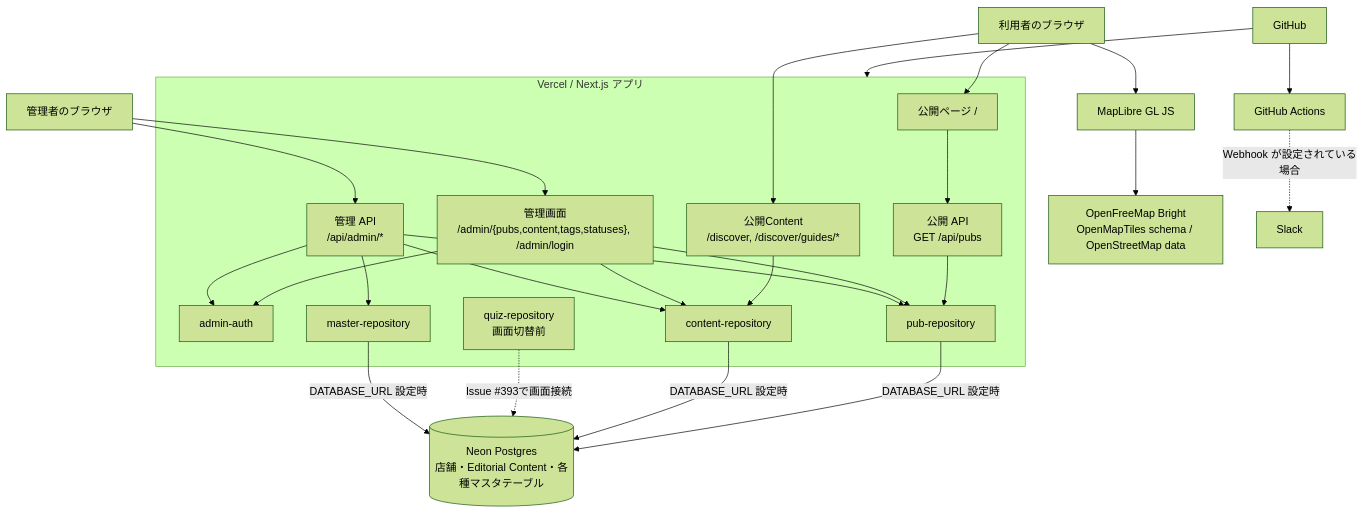
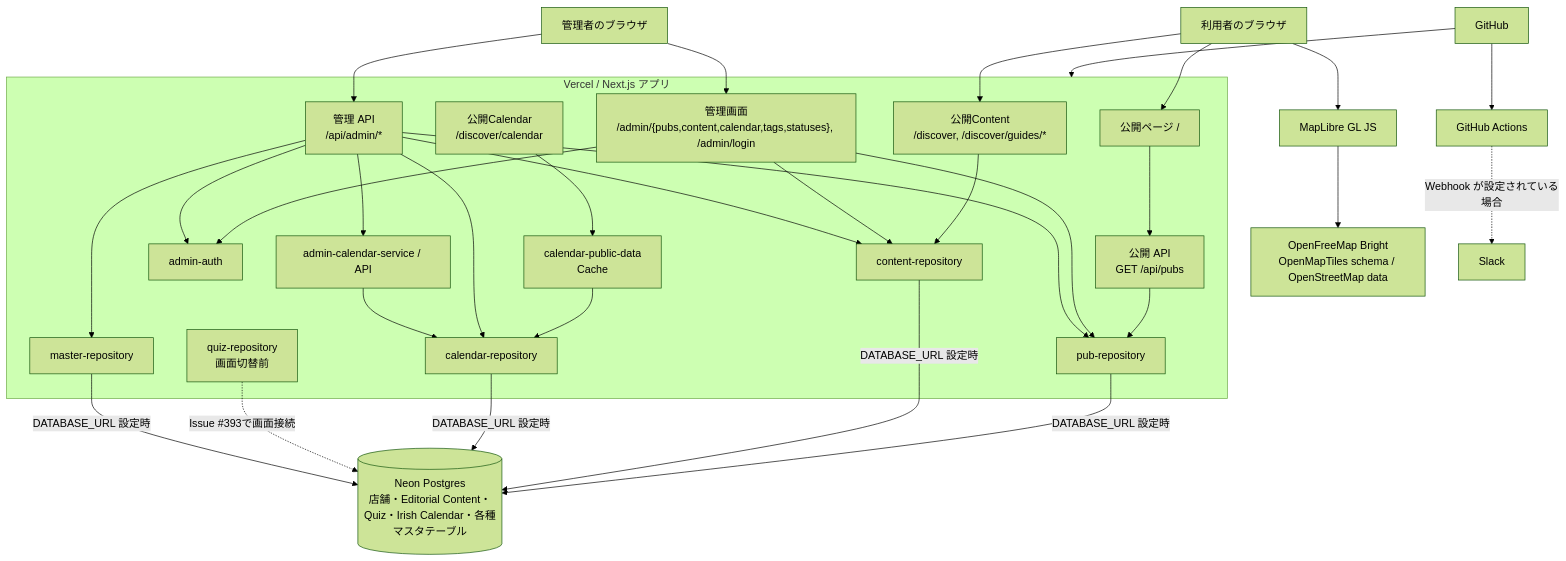
Before and after one commit to yusukefr/irishpub-map: the diagram in docs/architecture/system-overview.md, drawn with Mermaid (forest theme). The commit also changed other lines of this file and 13 other files, not shown here.

````diff
--- a/docs/architecture/system-overview.md
+++ b/docs/architecture/system-overview.md
@@ -7,52 +7,62 @@
 ```mermaid
 flowchart TB
   visitor[利用者のブラウザ]
   administrator[管理者のブラウザ]
   maplibre[MapLibre GL JS]
   mapProvider[OpenFreeMap Bright<br/>OpenMapTiles schema / OpenStreetMap data]
   github[GitHub]
   actions[GitHub Actions]
   slack[Slack]
 
   subgraph vercel[Vercel / Next.js アプリ]
     publicPage["公開ページ /"]
     contentPage["公開Content<br/>/discover, /discover/guides/*"]
+    calendarPage["公開Calendar<br/>/discover/calendar"]
     publicApi["公開 API<br/>GET /api/pubs"]
-    adminPage["管理画面<br/>/admin/{pubs,content,tags,statuses}, /admin/login"]
+    adminPage["管理画面<br/>/admin/{pubs,content,calendar,tags,statuses}, /admin/login"]
     adminApi["管理 API<br/>/api/admin/*"]
     auth[admin-auth]
     repository[pub-repository]
     contentRepository[content-repository]
+    calendarDataLoader[calendar-public-data<br/>Cache]
+    calendarRepository[calendar-repository]
+    adminCalendarService[admin-calendar-service / API]
     quizRepository[quiz-repository<br/>画面切替前]
     masterRepository[master-repository]
   end
 
-  neon[(Neon Postgres<br/>店舗・Editorial Content・各種マスタテーブル)]
+  neon[(Neon Postgres<br/>店舗・Editorial Content・Quiz・Irish Calendar・各種マスタテーブル)]
 
   visitor --> publicPage
   visitor --> contentPage
   publicPage --> publicApi
   contentPage --> contentRepository
+  calendarPage --> calendarDataLoader
+  calendarDataLoader --> calendarRepository
   publicApi --> repository
   visitor --> maplibre
   maplibre --> mapProvider
 
   administrator --> adminPage
   administrator --> adminApi
   adminPage --> auth
   adminPage --> repository
   adminPage --> contentRepository
   adminApi --> auth
   adminApi --> repository
   adminApi --> contentRepository
+  adminApi --> calendarRepository
+  adminApi --> adminCalendarService
+  adminCalendarService --> calendarRepository
   adminApi --> masterRepository
 
   repository -->|"DATABASE_URL 設定時"| neon
   contentRepository -->|"DATABASE_URL 設定時"| neon
+  calendarRepository -->|"DATABASE_URL 設定時"| neon
   quizRepository -.->|"Issue #393で画面接続"| neon
   masterRepository -->|"DATABASE_URL 設定時"| neon
 
   github --> actions
   github --> vercel
   actions -.->|"Webhook が設定されている場合"| slack
 ```
````
